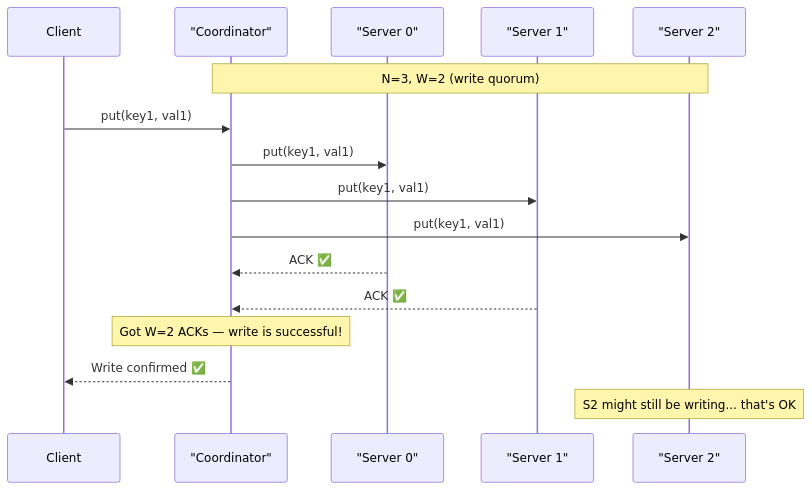
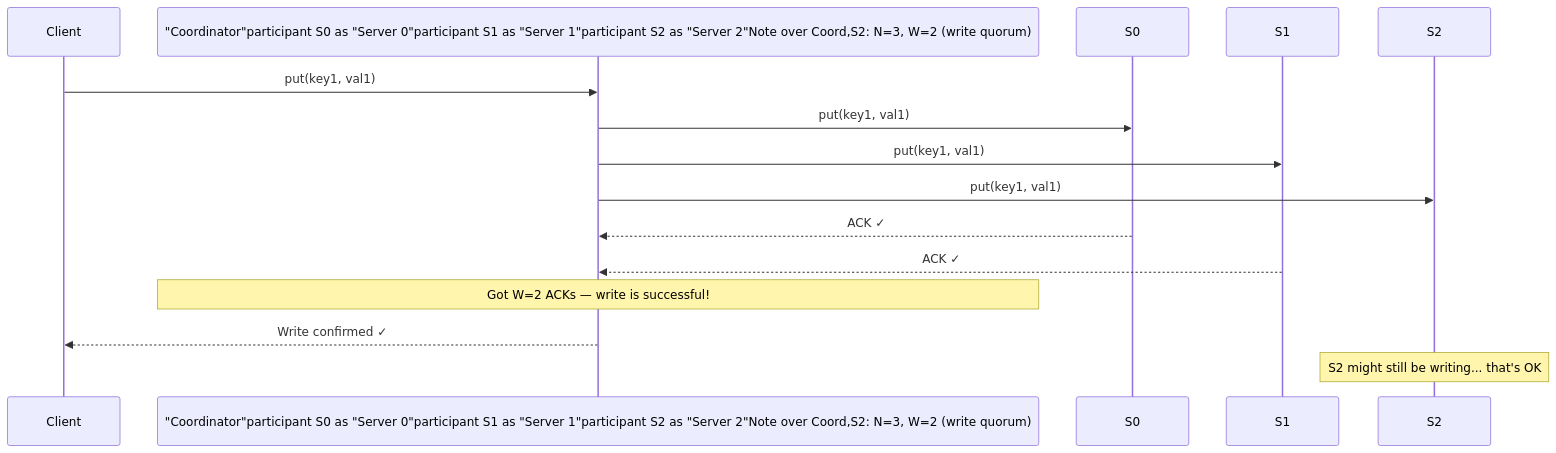
One commit to devops-monk/system-design-blog changed the sixth of 22 diagrams in content/posts/2026/design-a-key-value-store.md. Above: the diagram before and after it, drawn with Mermaid. The commit also changed other lines of this file and 5 other files, not shown here.

````diff
--- a/content/posts/2026/design-a-key-value-store.md
+++ b/content/posts/2026/design-a-key-value-store.md
@@ -232,19 +230,14 @@
 ```mermaid
 sequenceDiagram
     participant Client
-    participant Coord as "Coordinator"
-    participant S0 as "Server 0"
-    participant S1 as "Server 1"
-    participant S2 as "Server 2"
-
-    Note over Coord,S2: N=3, W=2 (write quorum)
+    participant Coord as "Coordinator"participant S0 as "Server 0"participant S1 as "Server 1"participant S2 as "Server 2"Note over Coord,S2: N=3, W=2 (write quorum)
     Client->>Coord: put(key1, val1)
     Coord->>S0: put(key1, val1)
     Coord->>S1: put(key1, val1)
     Coord->>S2: put(key1, val1)
-    S0-->>Coord: ACK ✅
-    S1-->>Coord: ACK ✅
+    S0-->>Coord: ACK ✓
+    S1-->>Coord: ACK ✓
     Note over Coord: Got W=2 ACKs — write is successful!
-    Coord-->>Client: Write confirmed ✅
+    Coord-->>Client: Write confirmed ✓
     Note over S2: S2 might still be writing... that's OK
 ```
````
